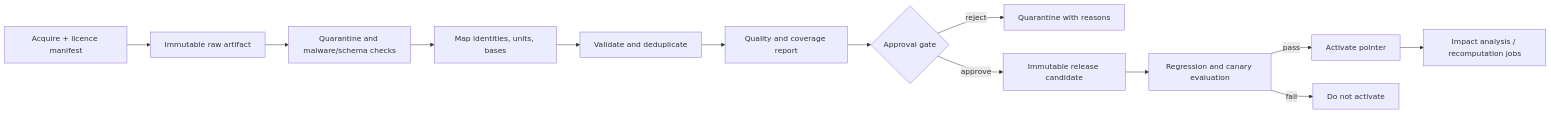
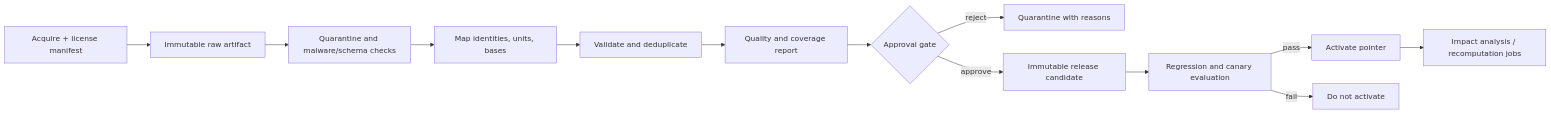
The diagram in docs/data/publication-and-quality.md (shari-ar/Nutrixx), drawn with Mermaid before and after one commit. The commit also changed other lines of this file and 10 other files, not shown here.

````diff
--- a/docs/data/publication-and-quality.md
+++ b/docs/data/publication-and-quality.md
@@ -12,15 +12,15 @@
 ```mermaid
 flowchart LR
-    A[Acquire + licence manifest] --> B[Immutable raw artifact]
+    A[Acquire + license manifest] --> B[Immutable raw artifact]
     B --> C[Quarantine and malware/schema checks]
     C --> D[Map identities, units, bases]
     D --> E[Validate and deduplicate]
     E --> F[Quality and coverage report]
     F --> G{Approval gate}
     G -->|reject| Q[Quarantine with reasons]
     G -->|approve| H[Immutable release candidate]
     H --> I[Regression and canary evaluation]
     I -->|pass| J[Activate pointer]
     I -->|fail| K[Do not activate]
     J --> L[Impact analysis / recomputation jobs]
 ```
````
